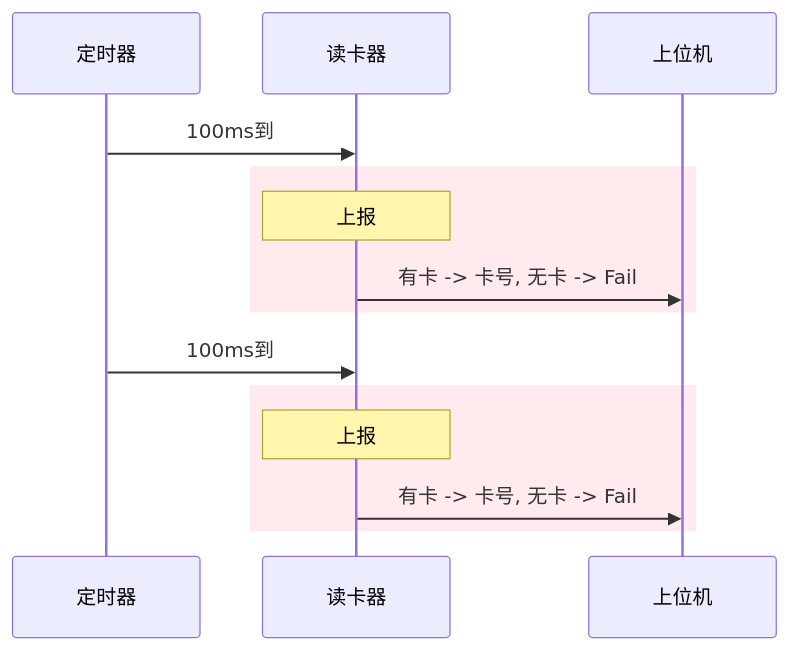
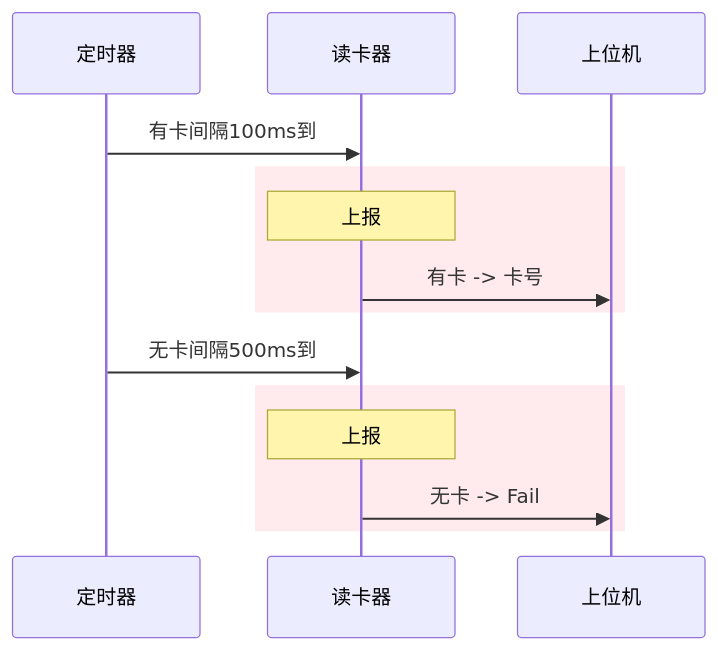
One commit to Siaiai/ObsidianNote changed the fourth of 8 diagrams in 工作/[[SR3读卡器]]/260804SR3框架整理.md. Above: the diagram before and after it, drawn with Mermaid. The commit also changed other lines of this file and 3 other files, not shown here.

````diff
--- a/工作/[[SR3读卡器]]/260804SR3框架整理.md
+++ b/工作/[[SR3读卡器]]/260804SR3框架整理.md
@@ -258,17 +255,17 @@
 ```mermaid
 sequenceDiagram
     participant 定时器
     participant 读卡器
     participant 上位机
 
-    定时器->>读卡器: 100ms到
+    定时器->>读卡器: 有卡间隔100ms到
     rect rgb(255, 235, 238)
         Note over 读卡器: 上报
-        读卡器->>上位机: 有卡 -> 卡号, 无卡 -> Fail
+        读卡器->>上位机: 有卡 -> 卡号
     end
-    定时器->>读卡器: 100ms到
+    定时器->>读卡器: 无卡间隔500ms到
     rect rgb(255, 235, 238)
         Note over 读卡器: 上报
-        读卡器->>上位机: 有卡 -> 卡号, 无卡 -> Fail
+        读卡器->>上位机: 无卡 -> Fail
     end
 ```
````
